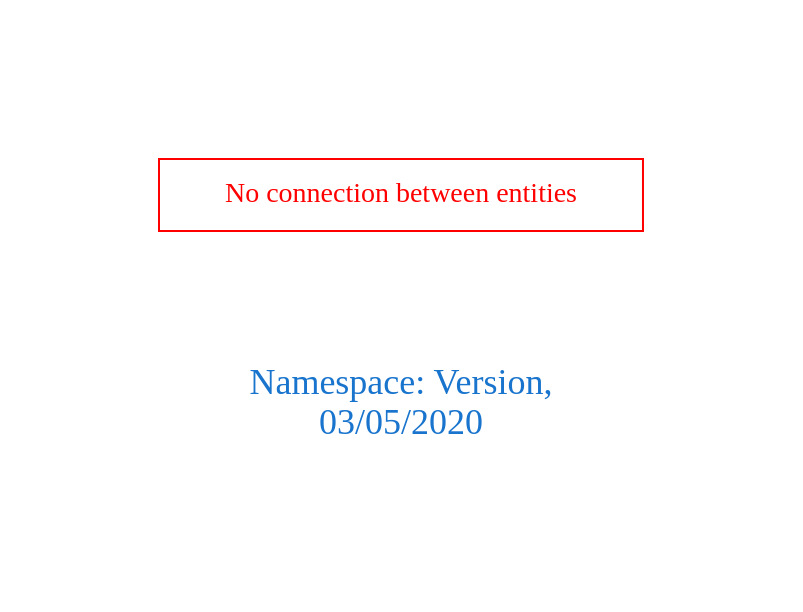
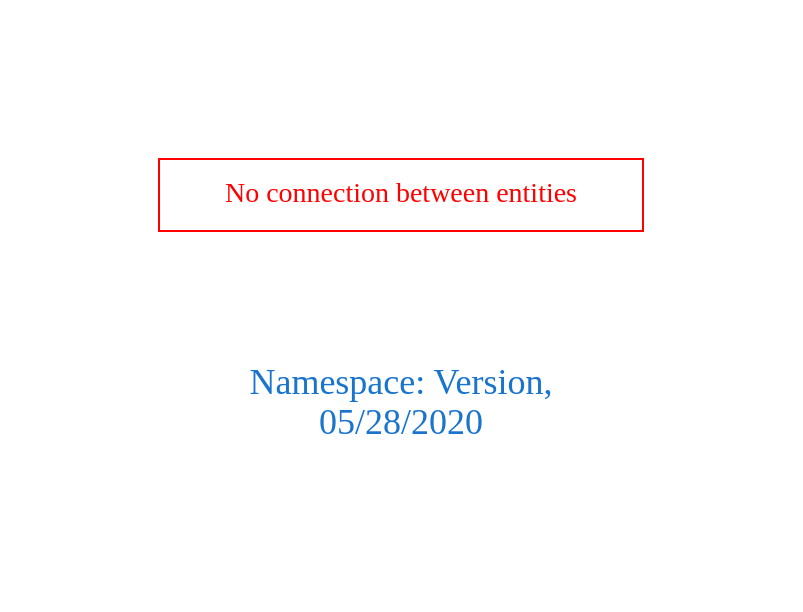
The diagram in downloads/Version.dot (arago/OGIT), drawn with Graphviz before and after one commit. The commit also changed 1715 other files, not shown here.

```diff
--- a/downloads/Version.dot
+++ b/downloads/Version.dot
@@ -1,9 +1,9 @@
 digraph OGIT_ontology {
  graph [ rankdir= LR,pad=1 
 fontsize = 18,
-fontcolor= dodgerblue3,label = "\n\n\nNamespace: Version, \n 03/05/2020"];
+fontcolor= dodgerblue3,label = "\n\n\nNamespace: Version, \n 05/28/2020"];
 node[shape=polygon];
 edge [  color="gray81"];
 
 "No connection between entities" [fontcolor = "red",color="red", shape="polygon"]
 }
```
